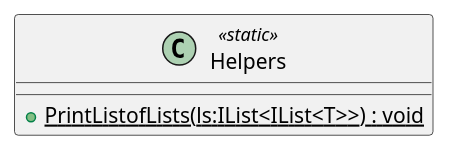
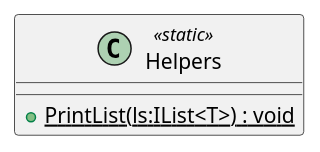
One commit to dinaelmasry666/ITI-Examination-System changed the diagram in Examination System UML/plantuml/Examination System UML/Helpers.puml. Above: the diagram before and after it, drawn with PlantUML. The commit also changed 18 other files, not shown here.

Commit message:
fixed some issues and implemented PlantUML class diagram

```diff
--- a/Examination System UML/plantuml/Examination System UML/Helpers.puml
+++ b/Examination System UML/plantuml/Examination System UML/Helpers.puml
@@ -1,5 +1,5 @@
 @startuml
 class Helpers <<static>> {
-    + {static} PrintListofLists(ls:IList<IList<T>>) : void
+    + {static} PrintList(ls:IList<T>) : void
 }
 @enduml
```
